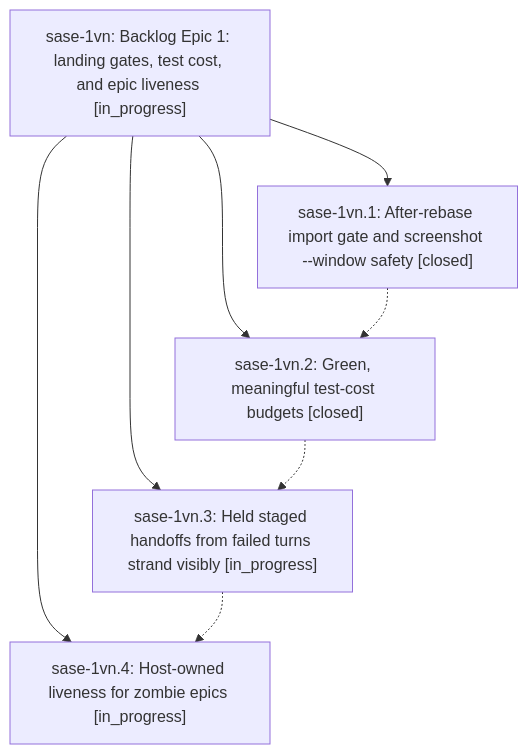
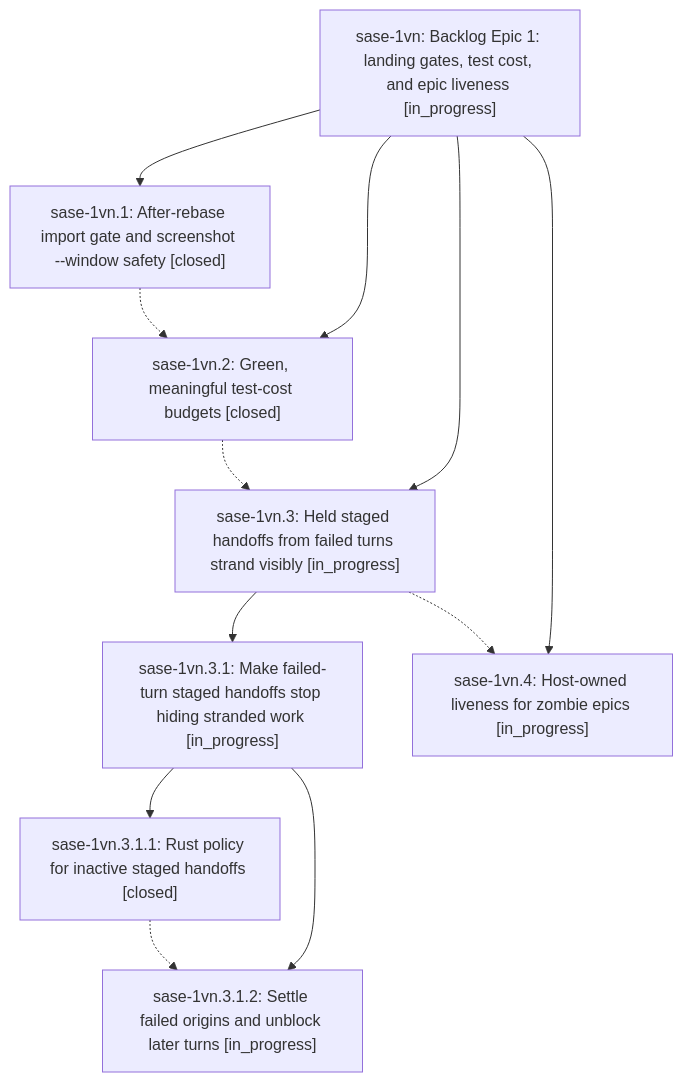
Before and after one commit to sase-org/sase--beads: the diagram in pages/sase-1vn/README.md, drawn with Mermaid. The commit also changed other lines of this file and 5 other files, not shown here.

````diff
--- a/pages/sase-1vn/README.md
+++ b/pages/sase-1vn/README.md
@@ -41,15 +41,22 @@
 ```mermaid
 flowchart TD
     n0["sase-1vn: Backlog Epic 1: landing gates, test cost, and epic liveness [in_progress]"]
     n1["sase-1vn.1: After-rebase import gate and screenshot --window safety [closed]"]
     n2["sase-1vn.2: Green, meaningful test-cost budgets [closed]"]
     n3["sase-1vn.3: Held staged handoffs from failed turns strand visibly [in_progress]"]
-    n4["sase-1vn.4: Host-owned liveness for zombie epics [in_progress]"]
+    n4["sase-1vn.3.1: Make failed-turn staged handoffs stop hiding stranded work [in_progress]"]
+    n5["sase-1vn.3.1.1: Rust policy for inactive staged handoffs [closed]"]
+    n6["sase-1vn.3.1.2: Settle failed origins and unblock later turns [in_progress]"]
+    n7["sase-1vn.4: Host-owned liveness for zombie epics [in_progress]"]
     n0 --> n1
     n0 --> n2
     n0 --> n3
-    n0 --> n4
+    n3 --> n4
+    n4 --> n5
+    n4 --> n6
+    n0 --> n7
     n1 -.-> n2
     n2 -.-> n3
-    n3 -.-> n4
+    n3 -.-> n7
+    n5 -.-> n6
 ```
````
